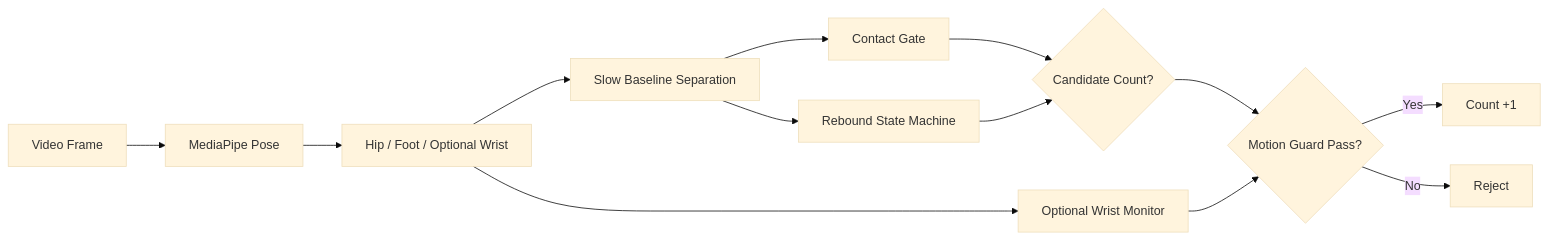
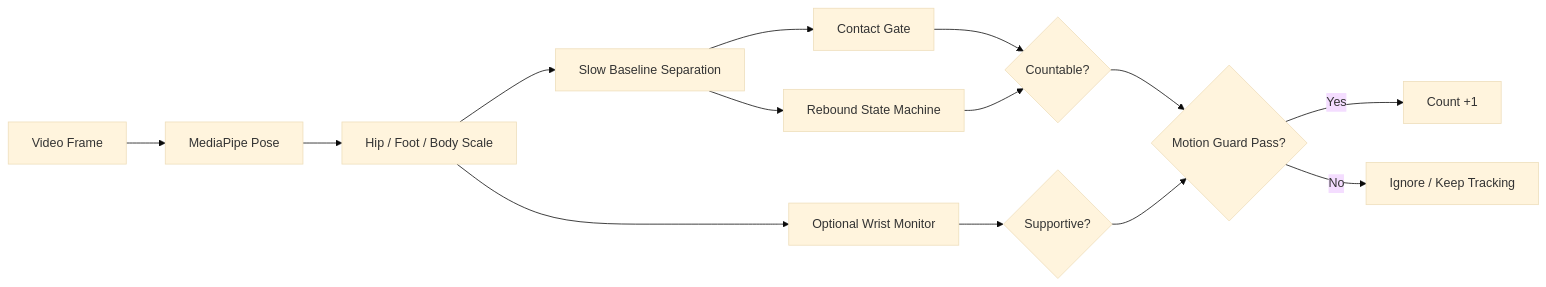
One commit to Hooneybadger/jump-rope-detector changed the first of 6 diagrams in double_jump/README.md. Above: the diagram before and after it, drawn with Mermaid (base theme). The commit also changed other lines of this file, not shown here.

````diff
--- a/double_jump/README.md
+++ b/double_jump/README.md
@@ -14,15 +17,16 @@
 ```mermaid
 flowchart LR
     A[Video Frame] --> B[MediaPipe Pose]
-    B --> C[Hip / Foot / Optional Wrist]
+    B --> C[Hip / Foot / Body Scale]
     C --> D[Slow Baseline Separation]
     D --> E[Contact Gate]
     D --> F[Rebound State Machine]
     C --> G[Optional Wrist Monitor]
-    E --> H{Candidate Count?}
+    E --> H{Countable?}
     F --> H
-    H --> I{Motion Guard Pass?}
-    G --> I
-    I -->|Yes| J[Count +1]
-    I -->|No| K[Reject]
+    G --> I{Supportive?}
+    H --> J{Motion Guard Pass?}
+    I --> J
+    J -->|Yes| K[Count +1]
+    J -->|No| L[Ignore / Keep Tracking]
 ```
````
